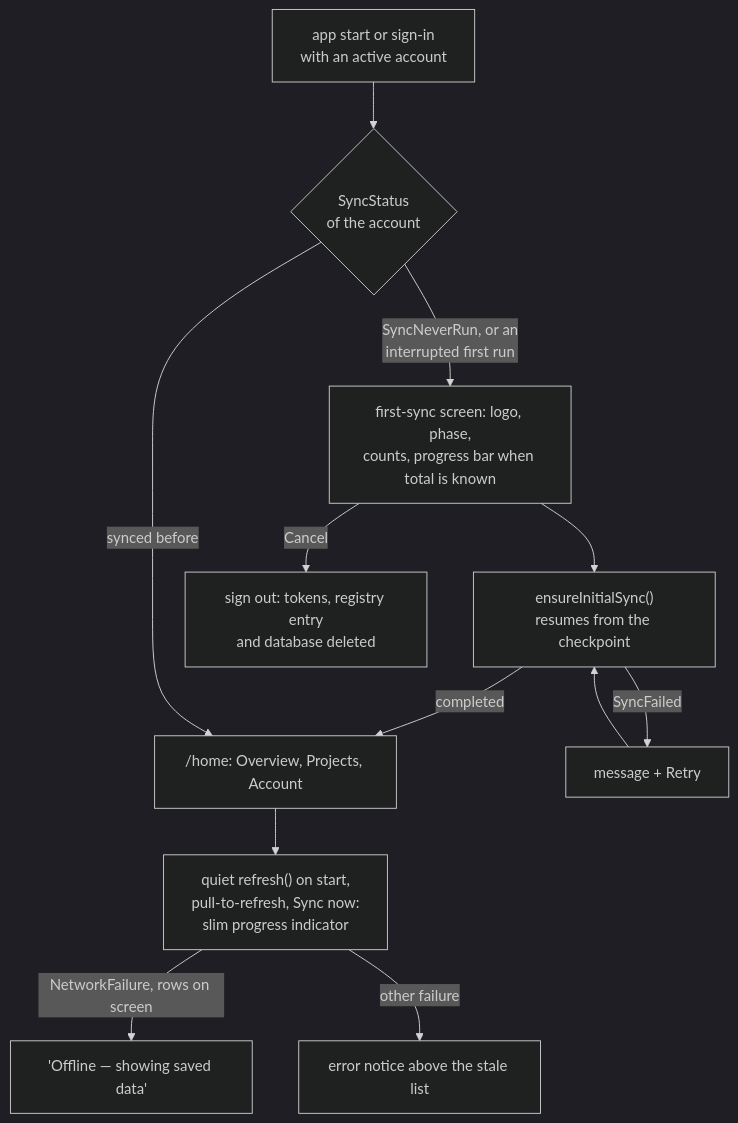
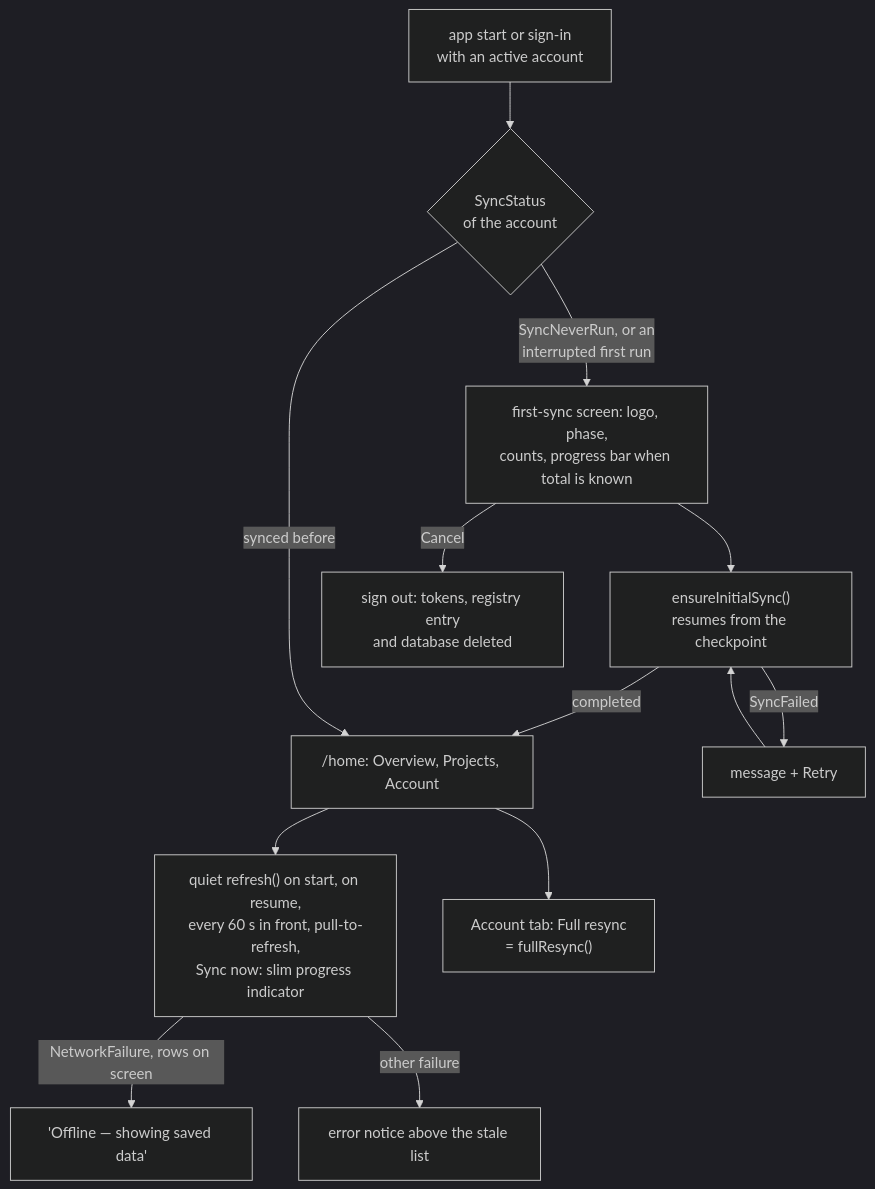
One commit to coderoftime/vikunja-app-ci-test changed the seventh of 7 diagrams in docs/architecture.md. Above: the diagram before and after it, drawn with Mermaid (dark theme). The commit also changed other lines of this file and 41 other files, not shown here.

````diff
--- a/docs/architecture.md
+++ b/docs/architecture.md
@@ -500,13 +529,14 @@
 ```mermaid
 flowchart TD
   START["app start or sign-in<br/>with an active account"] --> STATE{"SyncStatus<br/>of the account"}
   STATE -- "SyncNeverRun, or an<br/>interrupted first run" --> FIRST["first-sync screen: logo, phase,<br/>counts, progress bar when total is known"]
   FIRST --> RUN["ensureInitialSync()<br/>resumes from the checkpoint"]
   RUN -- "completed" --> SHELL["/home: Overview, Projects, Account"]
   RUN -- "SyncFailed" --> RETRY["message + Retry"] --> RUN
   FIRST -- "Cancel" --> OUT["sign out: tokens, registry entry<br/>and database deleted"]
   STATE -- "synced before" --> SHELL
-  SHELL --> QUIET["quiet refresh() on start,<br/>pull-to-refresh, Sync now:<br/>slim progress indicator"]
+  SHELL --> QUIET["quiet refresh() on start, on resume,<br/>every 60 s in front, pull-to-refresh,<br/>Sync now: slim progress indicator"]
+  SHELL --> FULL["Account tab: Full resync<br/>= fullResync()"]
   QUIET -- "NetworkFailure, rows on screen" --> NOTICE["'Offline — showing saved data'"]
   QUIET -- "other failure" --> ERR["error notice above the stale list"]
 ```
````
